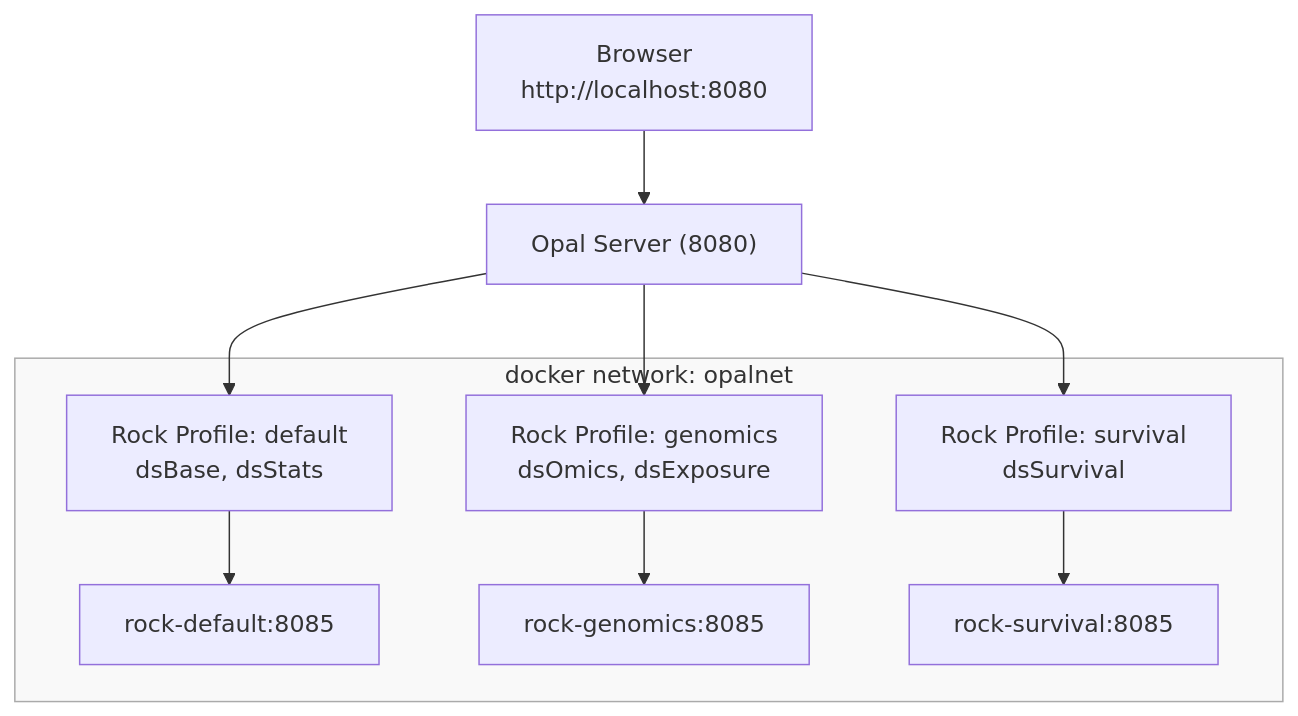
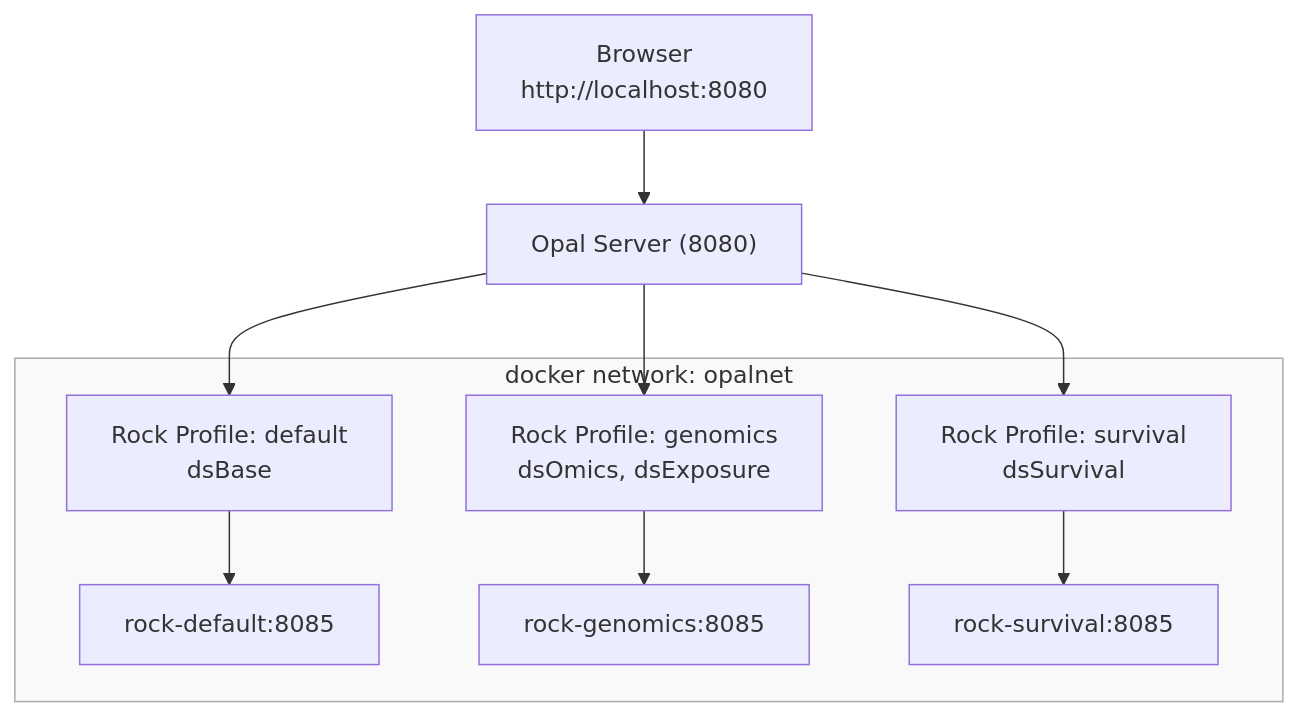
Before and after one commit to ESCRI11/datashield-workshop-2025: the diagram in website/3-add-profiles.qmd, drawn with Mermaid. The commit also changed other lines of this file and 5 other files, not shown here.

````diff
--- a/website/3-add-profiles.qmd
+++ b/website/3-add-profiles.qmd
@@ -39,16 +39,16 @@
 ```{mermaid}
 graph TB
   B["Browser<br/>http://localhost:8080"] --> O["Opal Server (8080)"]
-  O --> R1["Rock Profile: default<br/>dsBase, dsStats"]
+  O --> R1["Rock Profile: default<br/>dsBase"]
   O --> R2["Rock Profile: genomics<br/>dsOmics, dsExposure"] 
   O --> R3["Rock Profile: survival<br/>dsSurvival"]
   subgraph Profiles["docker network: opalnet"]
     R1 --> P1["rock-default:8085"]
     R2 --> P2["rock-genomics:8085"] 
     R3 --> P3["rock-survival:8085"]
   end
 
   %% Define a lighter background for the subgraph
   classDef light fill:#f9f9f9,stroke:#aaa,stroke-width:1px;
   class Profiles light;
 ```
````
